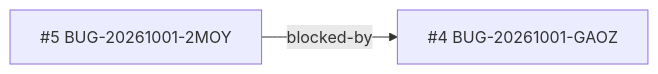
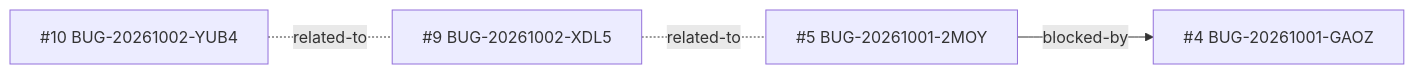
The diagram in _reversa_bugs/integracao-whatsapp-web/generated/graph.md (iago-leal/whispper-whatsapp-web), drawn with Mermaid before and after one commit. The commit also changed other lines of this file and 13 other files, not shown here.

````diff
--- a/_reversa_bugs/integracao-whatsapp-web/generated/graph.md
+++ b/_reversa_bugs/integracao-whatsapp-web/generated/graph.md
@@ -5,6 +5,10 @@
 ```mermaid
 graph LR
   BUG_20261001_GAOZ["#4 BUG-20261001-GAOZ"]
   BUG_20261001_2MOY["#5 BUG-20261001-2MOY"]
+  BUG_20261002_XDL5["#9 BUG-20261002-XDL5"]
+  BUG_20261002_YUB4["#10 BUG-20261002-YUB4"]
   BUG_20261001_2MOY -->|blocked-by| BUG_20261001_GAOZ
+  BUG_20261002_XDL5 -.-|related-to| BUG_20261001_2MOY
+  BUG_20261002_YUB4 -.-|related-to| BUG_20261002_XDL5
 ```
````
